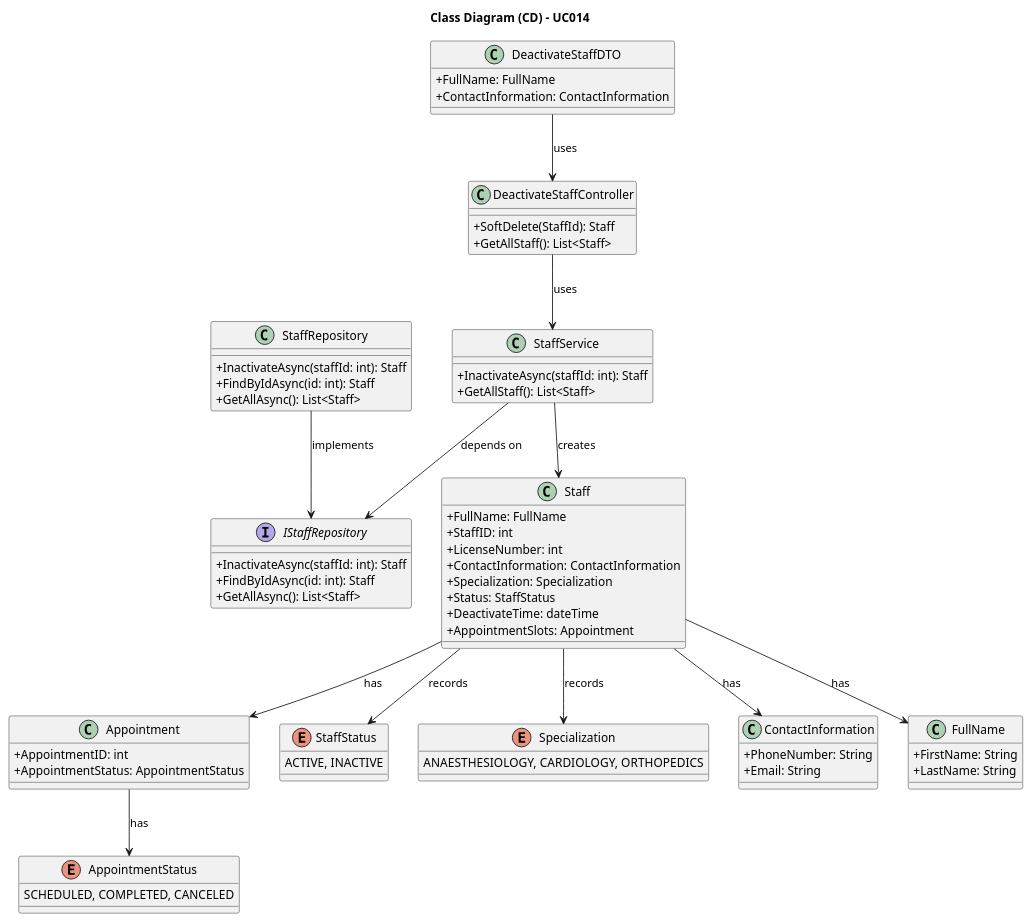
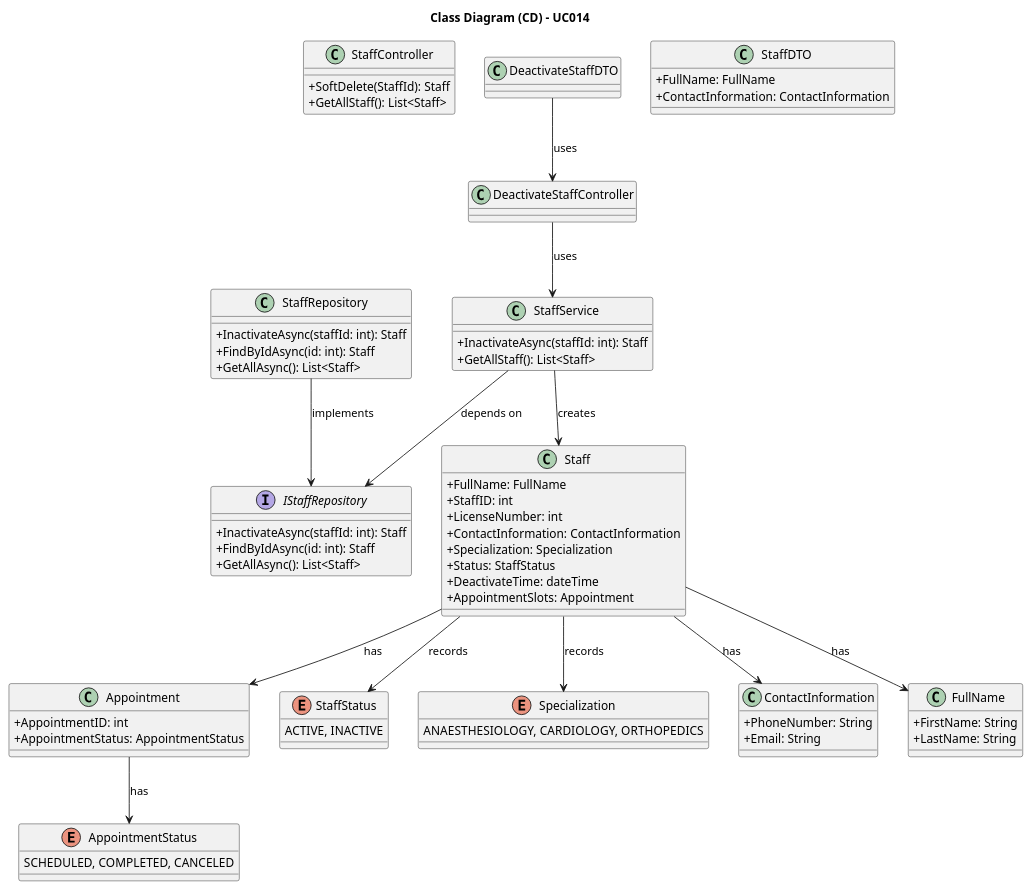
One commit to 1221124/sem5pi-24-25-g031 changed the diagram in docs/SprintA/UseCases/UC014/03.design/puml/uc014-class-diagram.puml. Above: the diagram before and after it, drawn with PlantUML. The commit also changed 2 other files, not shown here.

```diff
--- a/docs/SprintA/UseCases/UC014/03.design/puml/uc014-class-diagram.puml
+++ b/docs/SprintA/UseCases/UC014/03.design/puml/uc014-class-diagram.puml
@@ -1,86 +1,86 @@
 @startuml
 skinparam packageStyle rectangle
 skinparam shadowing false
 
 skinparam classAttributeIconSize 0
 
 title Class Diagram (CD) - UC014
 
-class DeactivateStaffController {
+class StaffController {
     + SoftDelete(StaffId): Staff
     + GetAllStaff(): List<Staff>
 }
 
 class StaffService {
     + InactivateAsync(staffId: int): Staff
     + GetAllStaff(): List<Staff>
 }
 
-class DeactivateStaffDTO {
+class StaffDTO {
     + FullName: FullName
     + ContactInformation: ContactInformation
 }
 
 class Staff {
     + FullName: FullName
     + StaffID: int
     + LicenseNumber: int
     + ContactInformation: ContactInformation    
     + Specialization: Specialization
     + Status: StaffStatus
     + DeactivateTime: dateTime
     + AppointmentSlots: Appointment
 }
 
 class Appointment {
     + AppointmentID: int
     + AppointmentStatus: AppointmentStatus
 }
 
 enum AppointmentStatus{
     SCHEDULED, COMPLETED, CANCELED
 }
 
 enum StaffStatus {
     ACTIVE, INACTIVE
 }
 
 enum Specialization{
     ANAESTHESIOLOGY, CARDIOLOGY, ORTHOPEDICS
 }
 
 class ContactInformation{
     + PhoneNumber: String
     + Email: String
 }
 
 class FullName{
     + FirstName: String
     + LastName: String
 }
 
 interface IStaffRepository {
     + InactivateAsync(staffId: int): Staff
     + FindByIdAsync(id: int): Staff
     + GetAllAsync(): List<Staff>
 }
 
 class StaffRepository {
     + InactivateAsync(staffId: int): Staff
     + FindByIdAsync(id: int): Staff
     + GetAllAsync(): List<Staff>
 }
 
 DeactivateStaffDTO --> DeactivateStaffController : uses
 DeactivateStaffController --> StaffService : uses
 StaffService --> Staff : creates
 StaffService --> IStaffRepository : depends on
 StaffRepository --> IStaffRepository : implements
 Staff --> ContactInformation : has
 Staff --> FullName : has
 Staff --> StaffStatus : records
 Staff --> Specialization : records
 Staff --> Appointment : has
 Appointment --> AppointmentStatus : has
 
 @enduml
```
